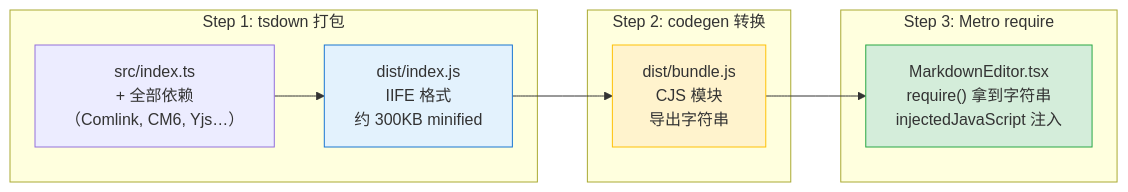
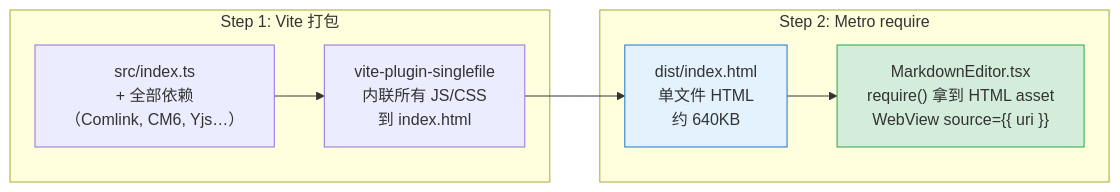
One commit to yexiyue/SwarmNote-RN changed diagram 11 of 18 in dev-notes/blog/comlink-codemirror-rn-integration.md. Above: the diagram before and after it, drawn with Mermaid. The commit also changed other lines of this file and 47 other files, not shown here.

First line of the commit message:
refactor: fix Comlink bridge issues, split editor-web into modules, migrate build to Vite

````diff
--- a/dev-notes/blog/comlink-codemirror-rn-integration.md
+++ b/dev-notes/blog/comlink-codemirror-rn-integration.md
@@ -338,19 +339,15 @@
 ```mermaid
 graph LR
-    subgraph "Step 1: tsdown 打包"
+    subgraph "Step 1: Vite 打包"
         S1["src/index.ts<br/>+ 全部依赖<br/>（Comlink, CM6, Yjs…）"]
-        S1 --> S2["dist/index.js<br/>IIFE 格式<br/>约 300KB minified"]
+        S1 --> S2["vite-plugin-singlefile<br/>内联所有 JS/CSS<br/>到 index.html"]
     end
     
-    subgraph "Step 2: codegen 转换"
-        S2 --> S3["dist/bundle.js<br/>CJS 模块<br/>导出字符串"]
+    subgraph "Step 2: Metro require"
+        S2 --> S3["dist/index.html<br/>单文件 HTML<br/>约 640KB"]
+        S3 --> S4["MarkdownEditor.tsx<br/>require() 拿到 HTML asset<br/>WebView source={{ uri }}"]
     end
     
-    subgraph "Step 3: Metro require"
-        S3 --> S4["MarkdownEditor.tsx<br/>require() 拿到字符串<br/>injectedJavaScript 注入"]
-    end
-    
-    style S2 fill:#e3f2fd,stroke:#1976d2
-    style S3 fill:#fff3cd,stroke:#ffc107
+    style S3 fill:#e3f2fd,stroke:#1976d2
     style S4 fill:#d4edda,stroke:#28a745
 ```
````
